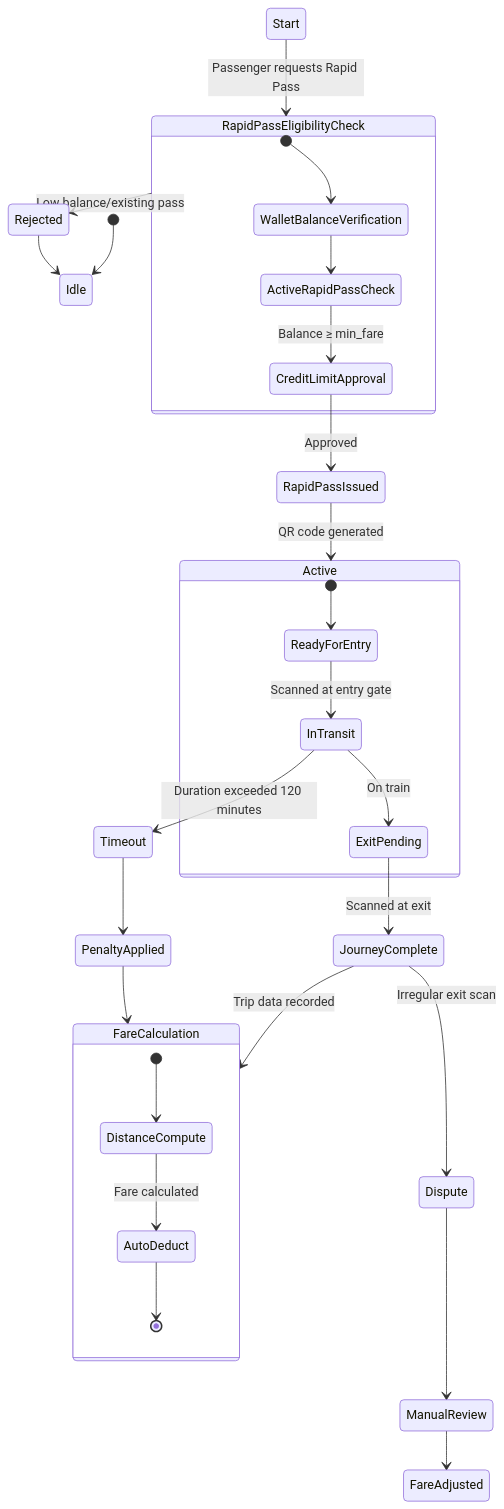
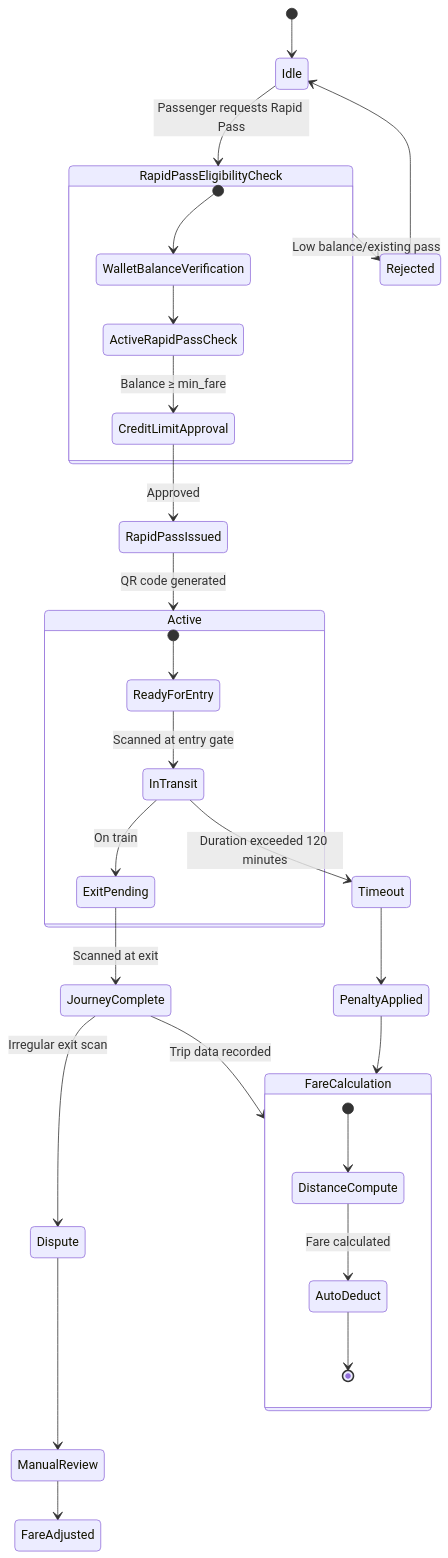
The second of 2 diagrams in docs/Installation-Guide.md (sujan-roy24/Demo-Practice), drawn with Mermaid before and after one commit. The commit also changed other lines of this file, not shown here.

````diff
--- a/docs/Installation-Guide.md
+++ b/docs/Installation-Guide.md
@@ -45,42 +45,42 @@
 ```mermaid
 stateDiagram-v2
     [*] --> Idle
 
-    Start --> RapidPassEligibilityCheck: Passenger requests Rapid Pass
+    Idle --> RapidPassEligibilityCheck: Passenger requests Rapid Pass
     
     state RapidPassEligibilityCheck {
         [*] --> WalletBalanceVerification
         WalletBalanceVerification --> ActiveRapidPassCheck
         ActiveRapidPassCheck --> CreditLimitApproval: Balance ≥ min_fare
     }
     
     CreditLimitApproval --> RapidPassIssued: Approved
     RapidPassIssued --> Active: QR code generated
     
     state Active {
         [*] --> ReadyForEntry
         ReadyForEntry --> InTransit: Scanned at entry gate
         InTransit --> ExitPending: On train
     }
     
     ExitPending --> JourneyComplete: Scanned at exit
     JourneyComplete --> FareCalculation: Trip data recorded
     
     state FareCalculation {
         [*] --> DistanceCompute
         DistanceCompute --> AutoDeduct: Fare calculated
         AutoDeduct --> [*]
     }
     
     %% Error/Alternative Flows
     RapidPassEligibilityCheck --> Rejected: Low balance/existing pass
     Rejected --> Idle
     
     InTransit --> Timeout: Duration exceeded 120 minutes
     Timeout --> PenaltyApplied
     PenaltyApplied --> FareCalculation
     
     JourneyComplete --> Dispute: Irregular exit scan
     Dispute --> ManualReview
     ManualReview --> FareAdjusted
 ```
````
